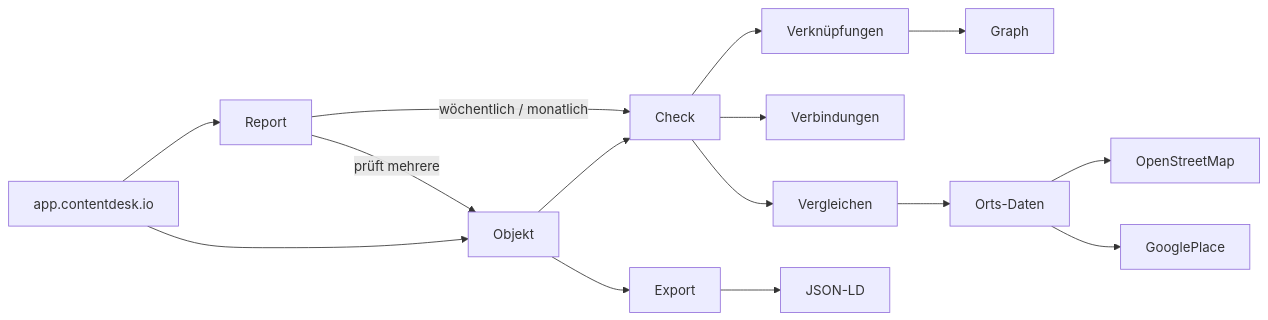
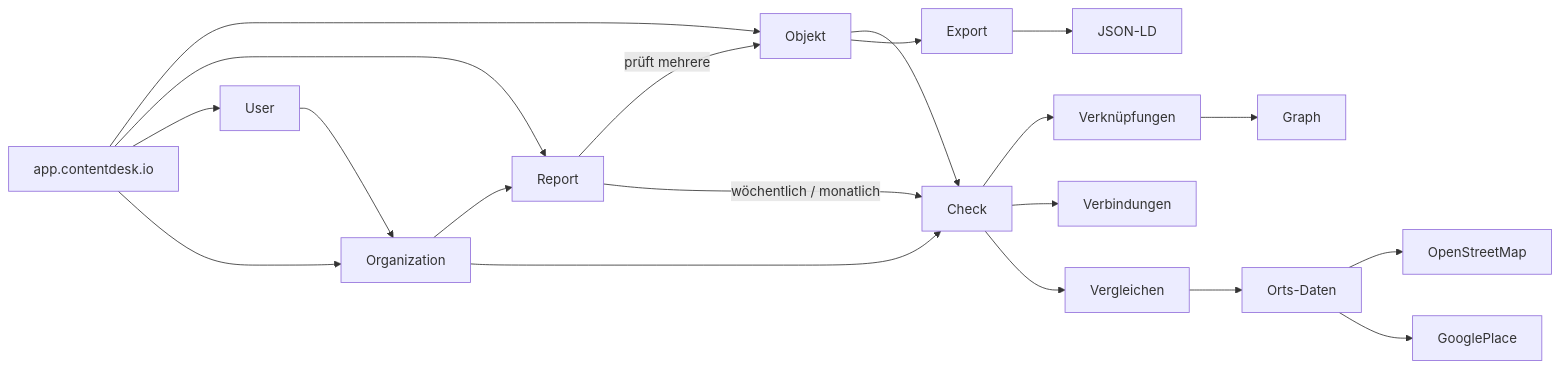
Before and after one commit to tsolenthaler/docs.contentdesk.io: the first of 2 diagrams in docs/connect/app.contentdesk.io/index.md, drawn with Mermaid.

Commit message:
Refactor file paths for concepts and projects markdown files

````diff
--- a/docs/connect/app.contentdesk.io/index.md
+++ b/docs/connect/app.contentdesk.io/index.md
@@ -12,25 +12,32 @@
 ``` mermaid
 flowchart LR
     app.contentdesk.io --> Objekt
     app.contentdesk.io --> Report
+    app.contentdesk.io --> User
+    app.contentdesk.io --> Organization
+
+    User --> Organization
+
+    Organization --> Report
+    Organization --> Check
 
     Objekt --> Check
     Objekt --> Export
 
     Report -->|prüft mehrere|Objekt
     Report -->|wöchentlich / monatlich|Check
 
     Check -->Associations[Verknüpfungen]
     Check -->Connect[Verbindungen]
     Check -->Compare[Vergleichen]
 
     Associations[Verknüpfungen] -->Graph
     
     Compare -->Place[Orts-Daten]
 
     Place -->OpenStreetMap
     Place -->GooglePlace
 
     Export --> JSON-LD
 
 ```
````
